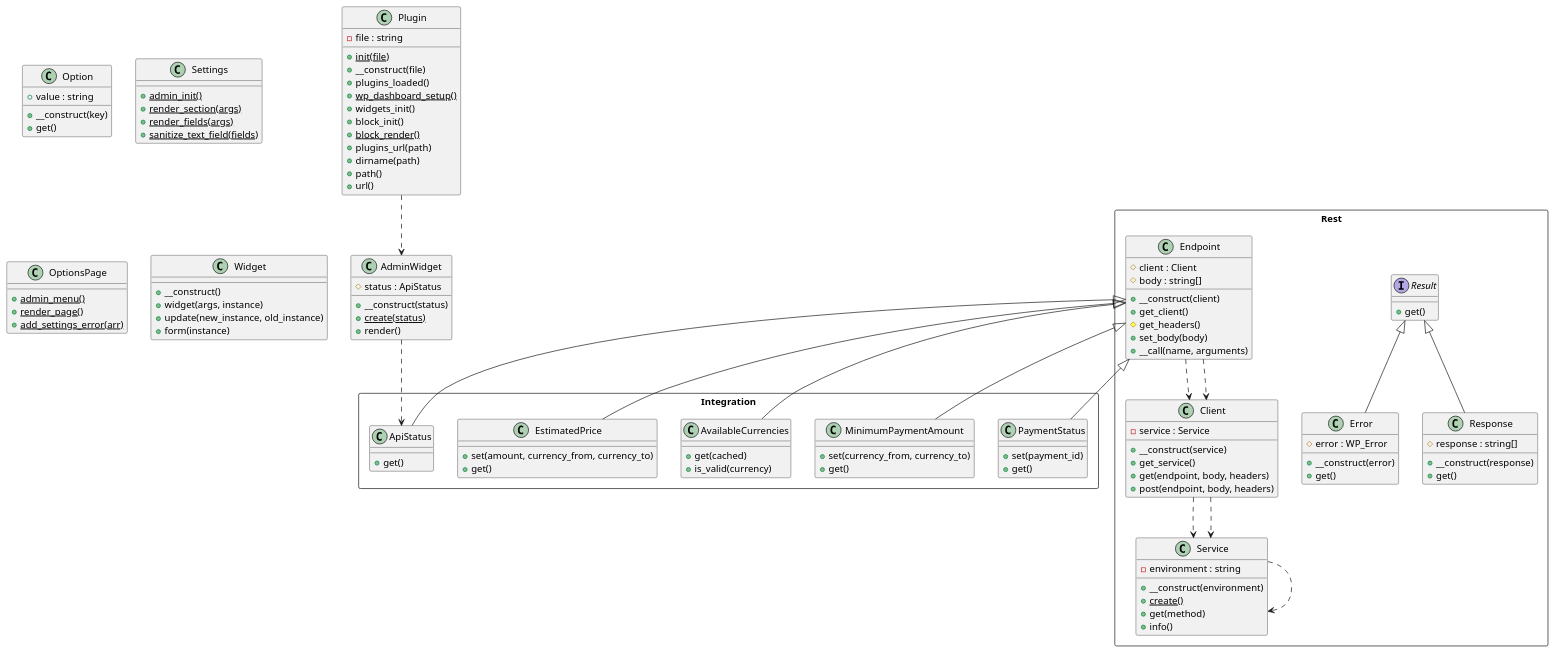
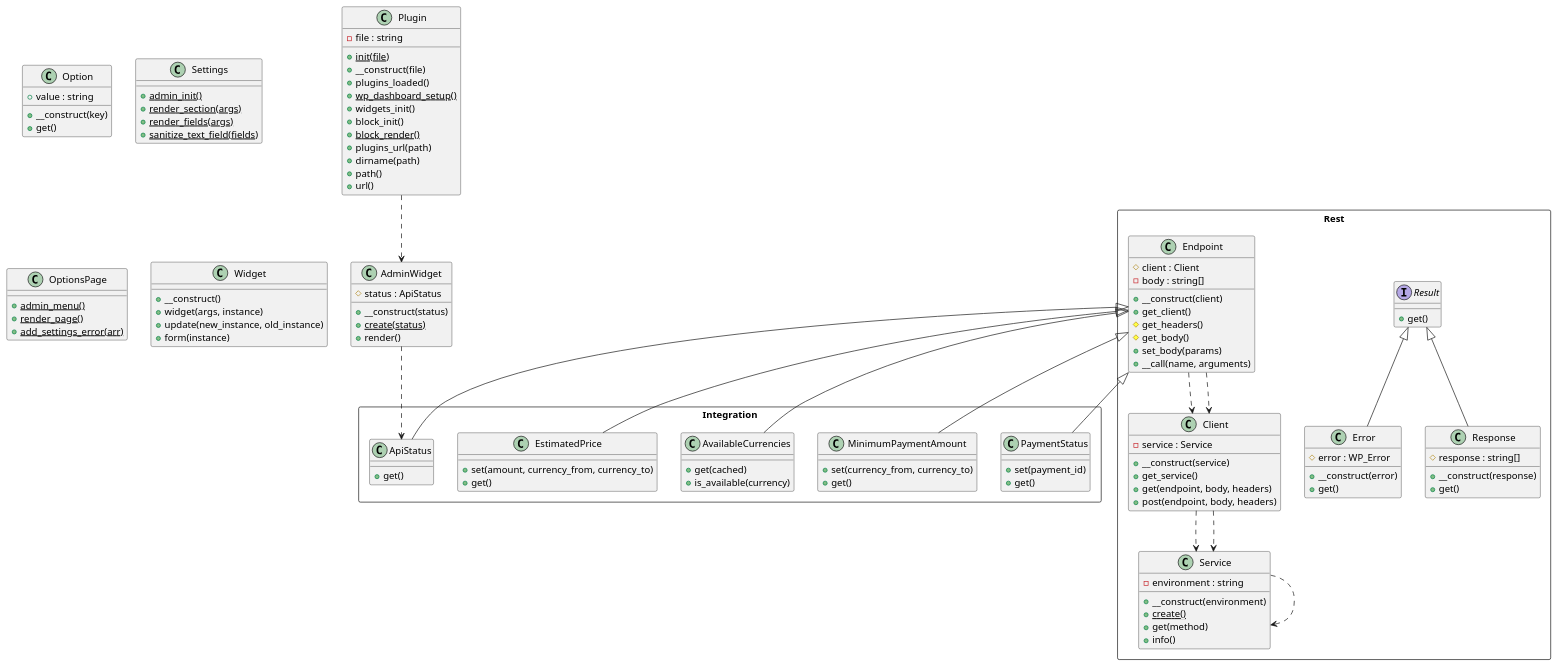
Before and after one commit to lloc/wp-nowpayments-integration: the diagram in plantuml_gist.puml, drawn with PlantUML.

Commit message:
Diagram refresh

```diff
--- a/plantuml_gist.puml
+++ b/plantuml_gist.puml
@@ -1,117 +1,118 @@
 @startuml class-diagram
   class Option {
     +value : string
     +__construct(key)
     +get()
   }
   class Settings {
     {static} +admin_init()
     {static} +render_section(args)
     {static} +render_fields(args)
     {static} +sanitize_text_field(fields)
   }
   class Plugin {
     -file : string
     {static} +init(file)
     +__construct(file)
     +plugins_loaded()
     {static} +wp_dashboard_setup()
     +widgets_init()
     +block_init()
     {static} +block_render()
     +plugins_url(path)
     +dirname(path)
     +path()
     +url()
   }
   class AdminWidget {
     #status : ApiStatus
     +__construct(status)
     {static} +create(status)
     +render()
   }
   class OptionsPage {
     {static} +admin_menu()
     {static} +render_page()
     {static} +add_settings_error(arr)
   }
   class Widget {
     +__construct()
     +widget(args, instance)
     +update(new_instance, old_instance)
     +form(instance)
   }
   package Integration as Integration <<Rectangle>> {
     class Integration.ApiStatus {
       +get()
     }
     class Integration.MinimumPaymentAmount {
       +set(currency_from, currency_to)
       +get()
     }
     class Integration.AvailableCurrencies {
       +get(cached)
-      +is_valid(currency)
+      +is_available(currency)
     }
     class Integration.EstimatedPrice {
       +set(amount, currency_from, currency_to)
       +get()
     }
     class Integration.PaymentStatus {
       +set(payment_id)
       +get()
     }
   }
   package Rest as Rest <<Rectangle>> {
     interface Rest.Result {
       +get()
     }
     class Rest.Error {
       #error : WP_Error
       +__construct(error)
       +get()
     }
     class Rest.Service {
       -environment : string
       +__construct(environment)
       {static} +create()
       +get(method)
       +info()
     }
     class Rest.Client {
       -service : Service
       +__construct(service)
       +get_service()
       +get(endpoint, body, headers)
       +post(endpoint, body, headers)
     }
     class Rest.Response {
       #response : string[]
       +__construct(response)
       +get()
     }
     class Rest.Endpoint {
       #client : Client
-      #body : string[]
+      -body : string[]
       +__construct(client)
       +get_client()
       #get_headers()
-      +set_body(body)
+      #get_body()
+      +set_body(params)
       +__call(name, arguments)
     }
   }
   AdminWidget ..> Integration.ApiStatus
   Plugin ..> AdminWidget
   Rest.Client ..> Rest.Service
   Rest.Client ..> Rest.Service
   Rest.Endpoint ..> Rest.Client
   Rest.Endpoint ..> Rest.Client
   Rest.Endpoint <|-- Integration.ApiStatus
   Rest.Endpoint <|-- Integration.AvailableCurrencies
   Rest.Endpoint <|-- Integration.EstimatedPrice
   Rest.Endpoint <|-- Integration.MinimumPaymentAmount
   Rest.Endpoint <|-- Integration.PaymentStatus
   Rest.Result <|-- Rest.Error
   Rest.Result <|-- Rest.Response
   Rest.Service ..> Rest.Service
 @enduml
```
